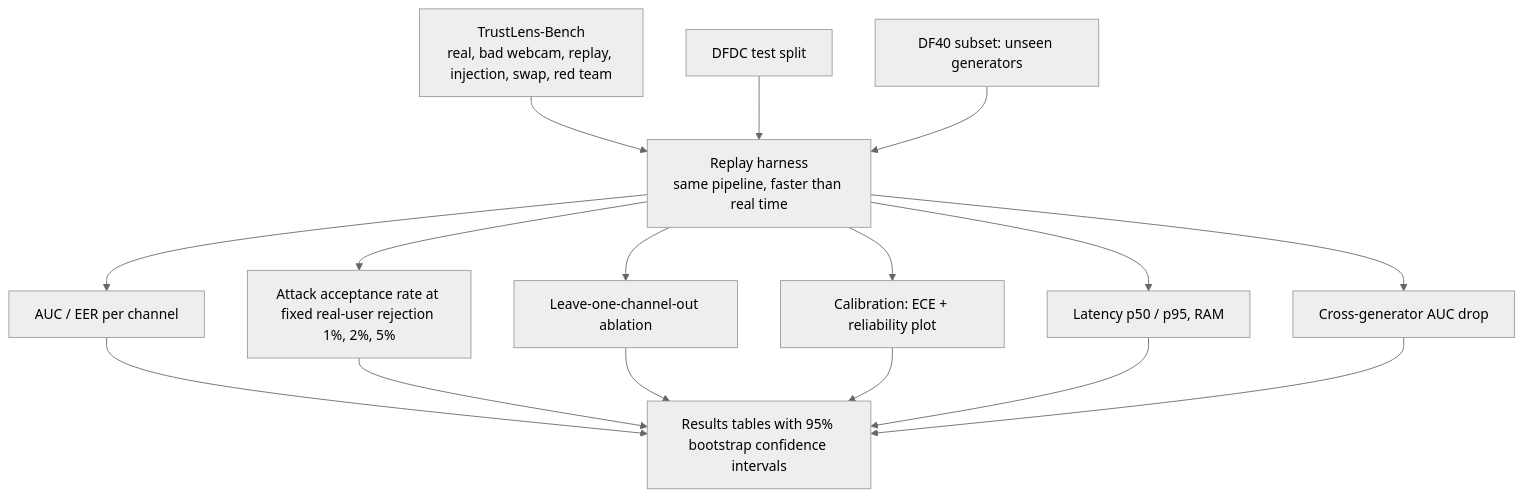
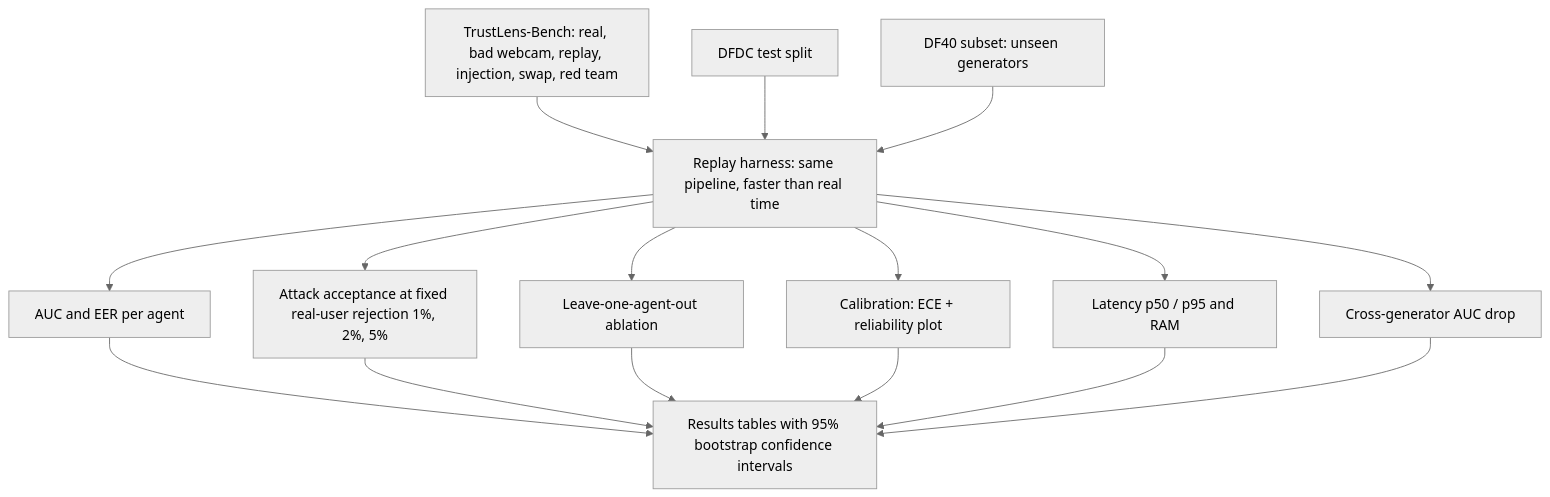
Before and after one commit to siddhikahanumante05-cloud/trustlens: diagram 12 of 14 in README.md, drawn with Mermaid (neutral theme). The commit also changed other lines of this file, not shown here.

````diff
--- a/README.md
+++ b/README.md
@@ -577,18 +694,13 @@
 ```mermaid
 flowchart TB
-  BENCH["TrustLens-Bench<br/>real, bad webcam, replay, injection, swap, red team"] --> REPLAY["Replay harness<br/>same pipeline, faster than real time"]
+  BENCH["TrustLens-Bench: real, bad webcam, replay, injection, swap, red team"] --> REPLAY["Replay harness: same pipeline, faster than real time"]
   DF["DFDC test split"] --> REPLAY
   DF40["DF40 subset: unseen generators"] --> REPLAY
-  REPLAY --> M1["AUC / EER per channel"]
-  REPLAY --> M2["Attack acceptance rate at fixed real-user rejection 1%, 2%, 5%"]
-  REPLAY --> M3["Leave-one-channel-out ablation"]
+  REPLAY --> M1["AUC and EER per agent"]
+  REPLAY --> M2["Attack acceptance at fixed real-user rejection 1%, 2%, 5%"]
+  REPLAY --> M3["Leave-one-agent-out ablation"]
   REPLAY --> M4["Calibration: ECE + reliability plot"]
-  REPLAY --> M5["Latency p50 / p95, RAM"]
+  REPLAY --> M5["Latency p50 / p95 and RAM"]
   REPLAY --> M6["Cross-generator AUC drop"]
-  M1 --> REP["Results tables with 95% bootstrap confidence intervals"]
-  M2 --> REP
-  M3 --> REP
-  M4 --> REP
-  M5 --> REP
-  M6 --> REP
+  M1 & M2 & M3 & M4 & M5 & M6 --> REP["Results tables with 95% bootstrap confidence intervals"]
 ```
````
